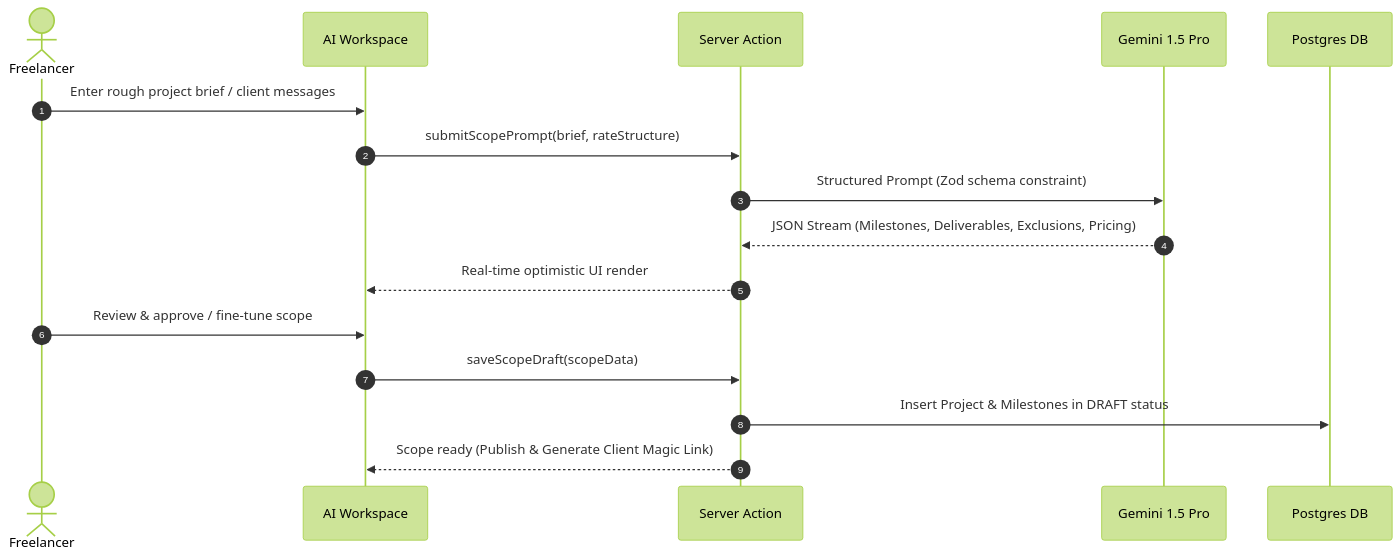
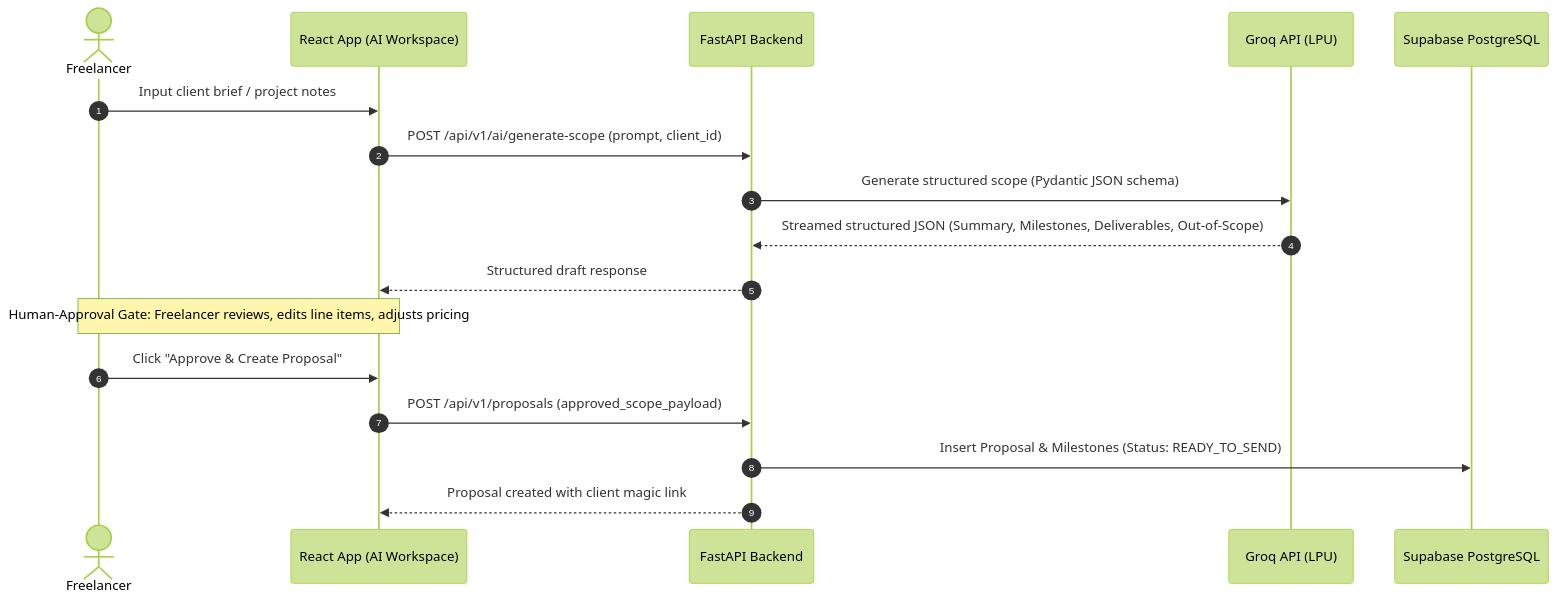
The second of 3 diagrams in docs/ARCHITECTURE.md (chiragdebugs/scope2pay-ai), drawn with Mermaid (forest theme) before and after one commit. The commit also changed other lines of this file and 6 other files, not shown here.

Commit message:
fix(docs): align architecture with React/Vite, FastAPI, Supabase, Groq, and PayPal stack

````diff
--- a/docs/ARCHITECTURE.md
+++ b/docs/ARCHITECTURE.md
@@ -97,19 +128,20 @@
 ```mermaid
 sequenceDiagram
     autonumber
     actor Freelancer
-    participant UI as AI Workspace
-    participant Server as Server Action
-    participant AI as Gemini 1.5 Pro
-    participant DB as Postgres DB
+    participant Web as React App (AI Workspace)
+    participant API as FastAPI Backend
+    participant Groq as Groq API (LPU)
+    participant DB as Supabase PostgreSQL
 
-    Freelancer->>UI: Enter rough project brief / client messages
-    UI->>Server: submitScopePrompt(brief, rateStructure)
-    Server->>AI: Structured Prompt (Zod schema constraint)
-    AI-->>Server: JSON Stream (Milestones, Deliverables, Exclusions, Pricing)
-    Server-->>UI: Real-time optimistic UI render
-    Freelancer->>UI: Review & approve / fine-tune scope
-    UI->>Server: saveScopeDraft(scopeData)
-    Server->>DB: Insert Project & Milestones in DRAFT status
-    Server-->>UI: Scope ready (Publish & Generate Client Magic Link)
+    Freelancer->>Web: Input client brief / project notes
+    Web->>API: POST /api/v1/ai/generate-scope (prompt, client_id)
+    API->>Groq: Generate structured scope (Pydantic JSON schema)
+    Groq-->>API: Streamed structured JSON (Summary, Milestones, Deliverables, Out-of-Scope)
+    API-->>Web: Structured draft response
+    Note over Freelancer,Web: Human-Approval Gate: Freelancer reviews, edits line items, adjusts pricing
+    Freelancer->>Web: Click "Approve & Create Proposal"
+    Web->>API: POST /api/v1/proposals (approved_scope_payload)
+    API->>DB: Insert Proposal & Milestones (Status: READY_TO_SEND)
+    API-->>Web: Proposal created with client magic link
 ```
````
